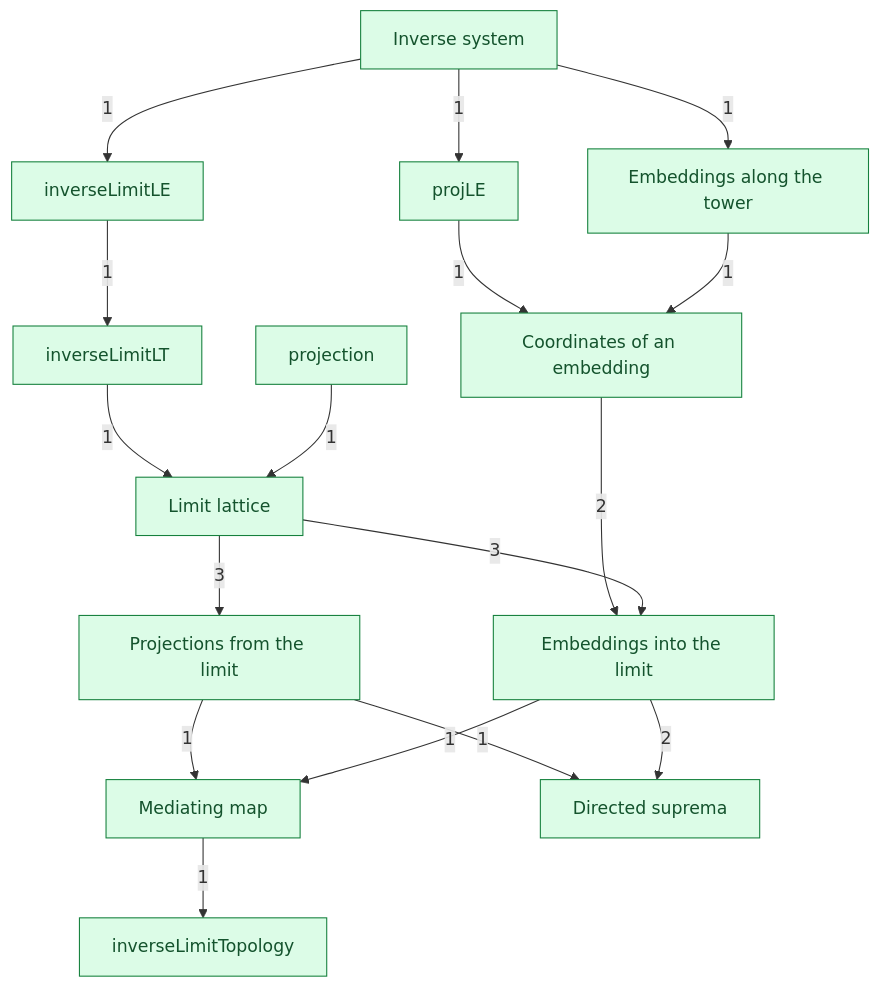
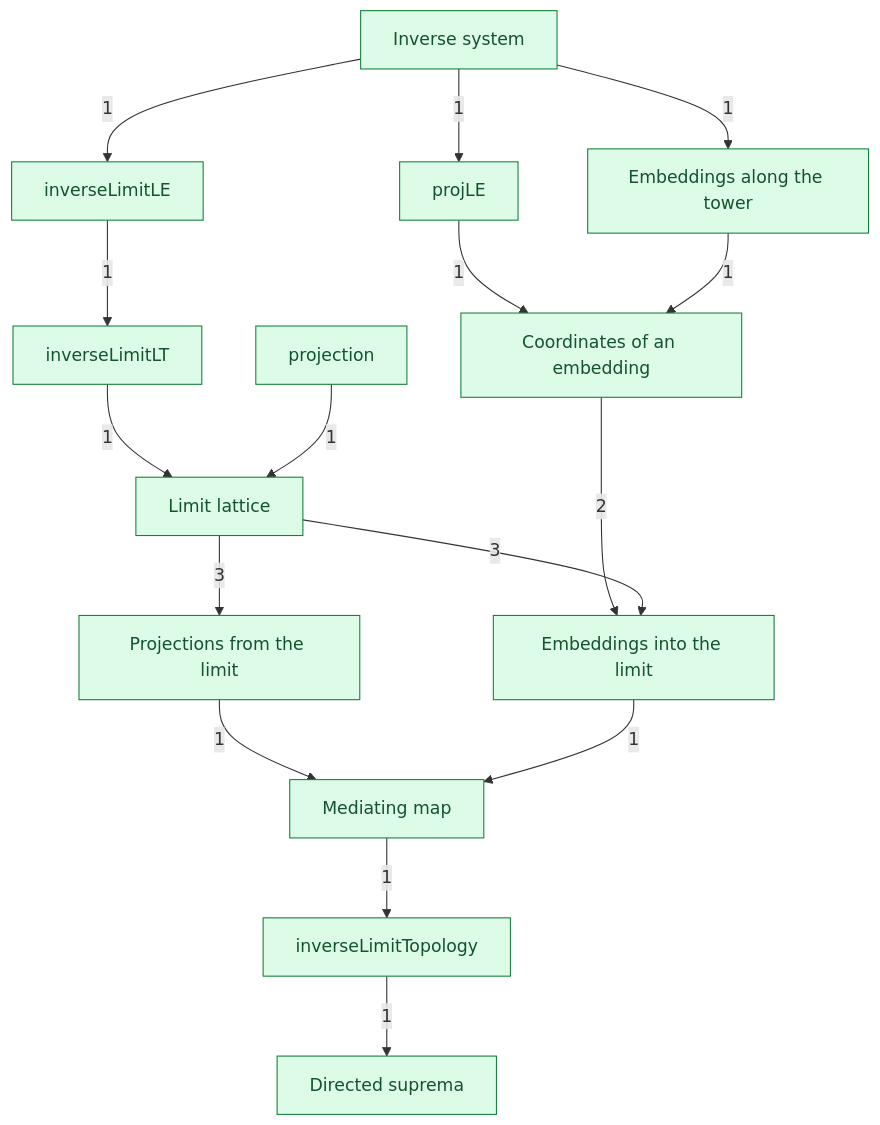
One commit to catskillsresearch/DomainTheory changed the diagram in DomainTheory/ContinuousLattice/InverseLimits/1972_Inverse_limits.mermaid. Above: the diagram before and after it, drawn with Mermaid. The commit also changed 11 other files, not shown here.

```diff
--- a/DomainTheory/ContinuousLattice/InverseLimits/1972_Inverse_limits.mermaid
+++ b/DomainTheory/ContinuousLattice/InverseLimits/1972_Inverse_limits.mermaid
@@ -1,35 +1,34 @@
 %% Notes of the inverse-limit construction.
 %% Arrowhead on the importer. The number is a direct-import count.
 %% An arrow already implied by a longer path is omitted.
 flowchart TB
   SYS["Inverse system"]
   PLE["projLE"]
   ELE["Embeddings along the tower"]
   LE["inverseLimitLE"]
   ICOMP["Coordinates of an embedding"]
   LT["inverseLimitLT"]
   PROJ["projection"]
   LAT["Limit lattice"]
   PINF["Projections from the limit"]
   EINF["Embeddings into the limit"]
   COC["Mediating map"]
   SUP["Directed suprema"]
   ITOP["inverseLimitTopology"]
   SYS -->|"1"| PLE
   SYS -->|"1"| ELE
   SYS -->|"1"| LE
   PLE -->|"1"| ICOMP
   ELE -->|"1"| ICOMP
   ICOMP -->|"2"| EINF
   LE -->|"1"| LT
   LT -->|"1"| LAT
   PROJ -->|"1"| LAT
   LAT -->|"3"| PINF
   LAT -->|"3"| EINF
   PINF -->|"1"| COC
   EINF -->|"1"| COC
-  PINF -->|"1"| SUP
-  EINF -->|"2"| SUP
   COC -->|"1"| ITOP
+  ITOP -->|"1"| SUP
   classDef concept fill:#dcfce7,stroke:#15803d,color:#14532d
   class SYS,PLE,PROJ,ELE,ICOMP,PINF,EINF,LE,LT,LAT,SUP,COC,ITOP concept
```
